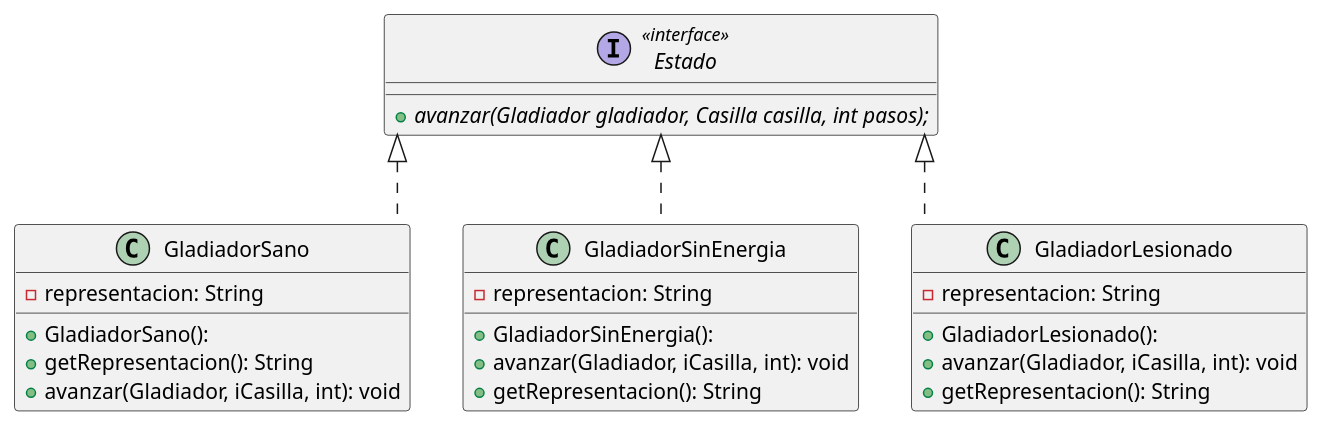
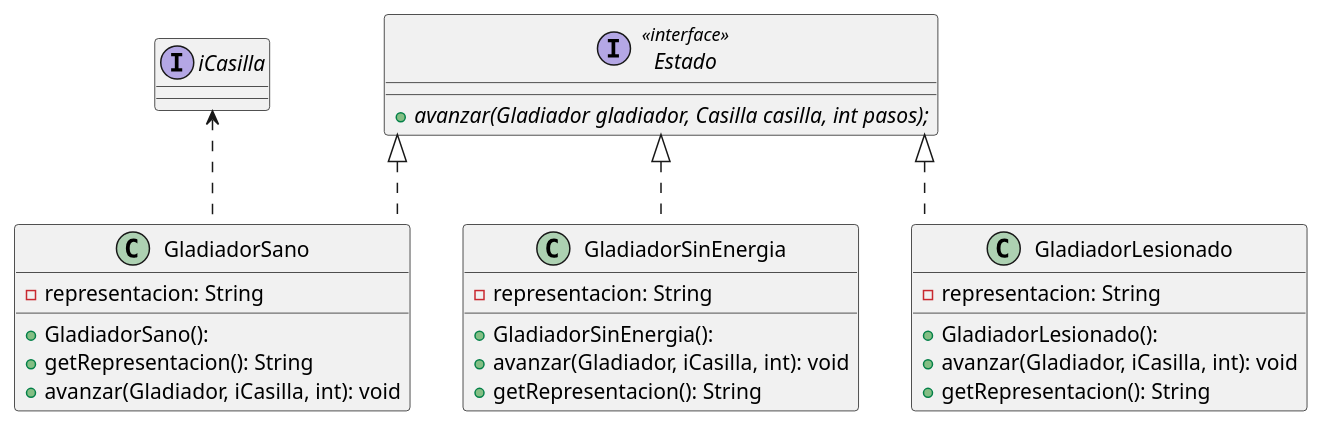
The diagram in diagrams/clases/DiagramasParaInforme/diagramaEstadoChiquito.puml (mcumskov/Algo3_tp2), drawn with PlantUML before and after one commit. The commit also changed 4 other files, not shown here.

Commit message:
cambio a diagramas

```diff
--- a/diagrams/clases/DiagramasParaInforme/diagramaEstadoChiquito.puml
+++ b/diagrams/clases/DiagramasParaInforme/diagramaEstadoChiquito.puml
@@ -1,36 +1,40 @@
 @startuml
 
 skinparam linetype ortho
 
 interface Estado <<interface>> {
     {abstract} + avanzar(Gladiador gladiador, Casilla casilla, int pasos);
 }
 class GladiadorSano {
   + GladiadorSano():
   - representacion: String
   + getRepresentacion(): String
   + avanzar(Gladiador, iCasilla, int): void
 }
+
+interface iCasilla
+
+iCasilla <.- GladiadorSano
 
 skinparam linetype ortho
 
 class GladiadorSinEnergia {
   + GladiadorSinEnergia():
   - representacion: String
   + avanzar(Gladiador, iCasilla, int): void
   + getRepresentacion(): String
 }
 class GladiadorLesionado {
   + GladiadorLesionado():
   - representacion: String
   + avanzar(Gladiador, iCasilla, int): void
   + getRepresentacion(): String
 }
 
 Estado <|.. GladiadorSano
 Estado <|.. GladiadorSinEnergia
 Estado <|.. GladiadorLesionado
 
 
 
 @enduml
```
